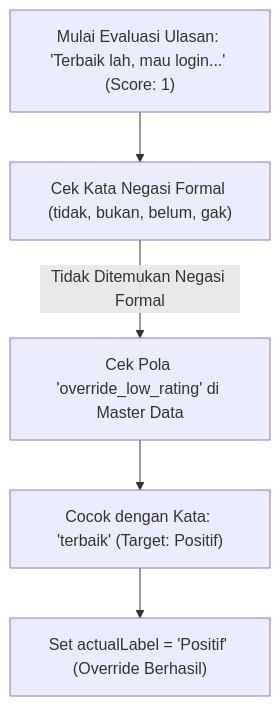
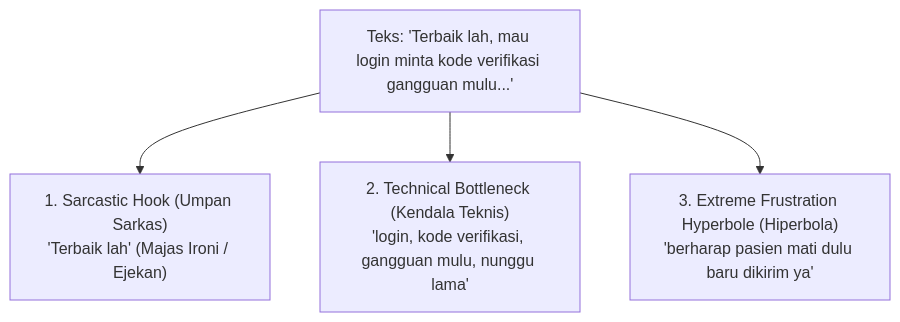
One commit to presidendjakarta/Binus-s2-Business-Intelligence-and-Analytics-TK changed the first of 3 diagrams in docs/10_studi_kasus_sarkasme_dan_anomali.md. Above: the diagram before and after it, drawn with Mermaid. The commit also changed other lines of this file, not shown here.

````diff
--- a/docs/10_studi_kasus_sarkasme_dan_anomali.md
+++ b/docs/10_studi_kasus_sarkasme_dan_anomali.md
@@ -87,7 +78,6 @@
 ```mermaid
 flowchart TD
-    Start["Mulai Evaluasi Ulasan: 'Terbaik lah, mau login...' (Score: 1)"] --> CheckNegation["Cek Kata Negasi Formal (tidak, bukan, belum, gak)"]
-    CheckNegation -->|Tidak Ditemukan Negasi Formal| CheckOverrideLow["Cek Pola 'override_low_rating' di Master Data"]
-    CheckOverrideLow --> MatchRule["Cocok dengan Kata: 'terbaik' (Target: Positif)"]
-    MatchRule --> SetPositif["Set actualLabel = 'Positif' (Override Berhasil)"]
+    A["Teks: 'Terbaik lah, mau login minta kode verifikasi gangguan mulu...'"] --> B["1. Sarcastic Hook (Umpan Sarkas)<br/>'Terbaik lah' (Majas Ironi / Ejekan)"]
+    A --> C["2. Technical Bottleneck (Kendala Teknis)<br/>'login, kode verifikasi, gangguan mulu, nunggu lama'"]
+    A --> D["3. Extreme Frustration Hyperbole (Hiperbola)<br/>'berharap pasien mati dulu baru dikirim ya'"]
 ```
````
